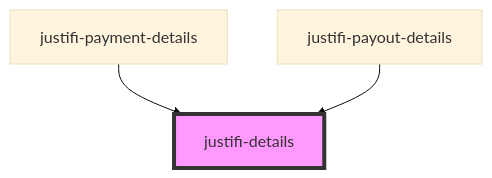
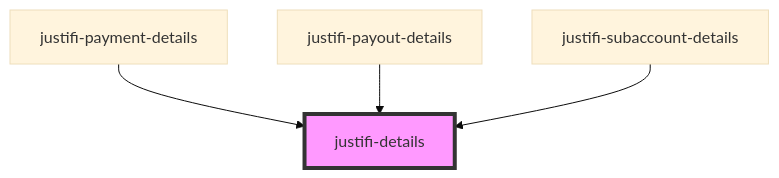
The diagram in stencil-library/src/components/details/readme.md (justifi-tech/web-component-library), drawn with Mermaid (base theme) before and after one commit. The commit also changed other lines of this file and 25 other files, not shown here.

````diff
--- a/stencil-library/src/components/details/readme.md
+++ b/stencil-library/src/components/details/readme.md
@@ -32,6 +24,7 @@
 ```mermaid
 graph TD;
   justifi-payment-details --> justifi-details
   justifi-payout-details --> justifi-details
+  justifi-subaccount-details --> justifi-details
   style justifi-details fill:#f9f,stroke:#333,stroke-width:4px
 ```
````
